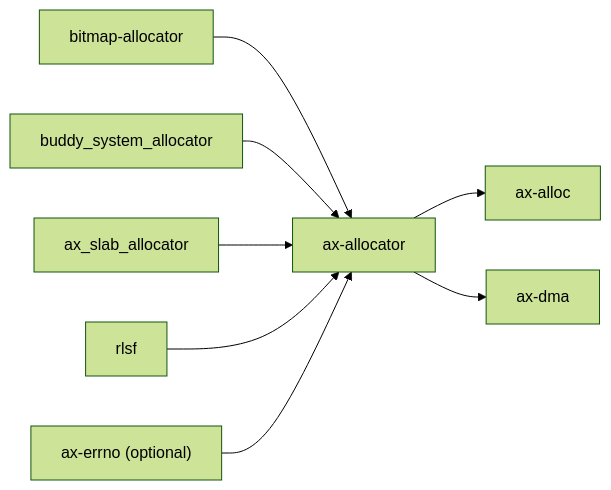
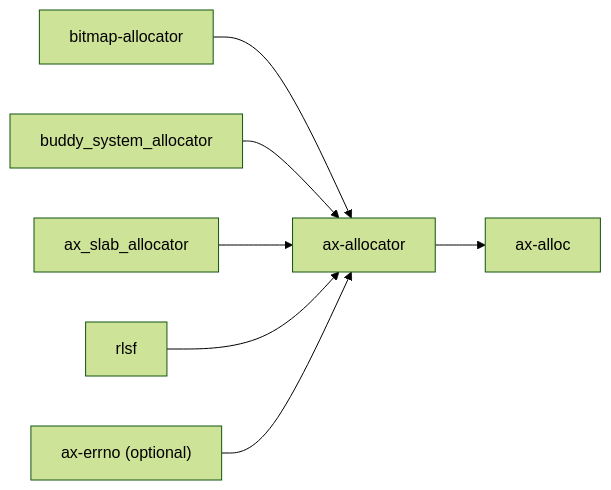
Before and after one commit to rcore-os/tgoskits: the diagram in docs/docs/components/crates/ax-allocator.md, drawn with Mermaid (forest theme). The commit also changed other lines of this file and 80 other files, not shown here.

````diff
--- a/docs/docs/components/crates/ax-allocator.md
+++ b/docs/docs/components/crates/ax-allocator.md
@@ -70,11 +70,10 @@
 ```mermaid
 graph LR
     bitmap["bitmap-allocator"] --> ax-allocator["ax-allocator"]
     buddy["buddy_system_allocator"] --> ax-allocator
     slab["ax_slab_allocator"] --> ax-allocator
     tlsf["rlsf"] --> ax-allocator
     ax_errno["ax-errno (optional)"] --> ax-allocator
 
     ax-allocator --> ax-alloc["ax-alloc"]
-    ax-allocator --> ax_dma["ax-dma"]
 ```
````
